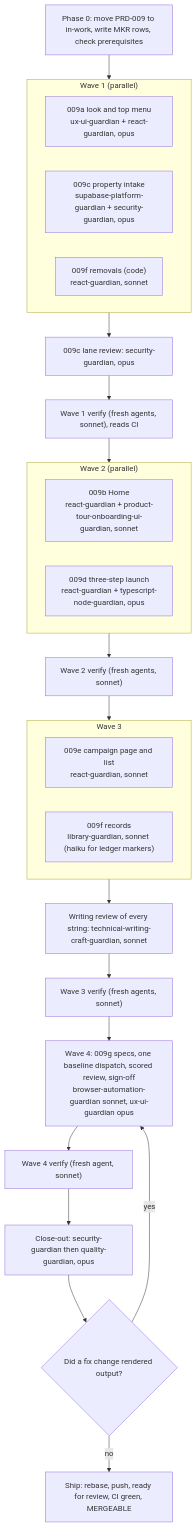
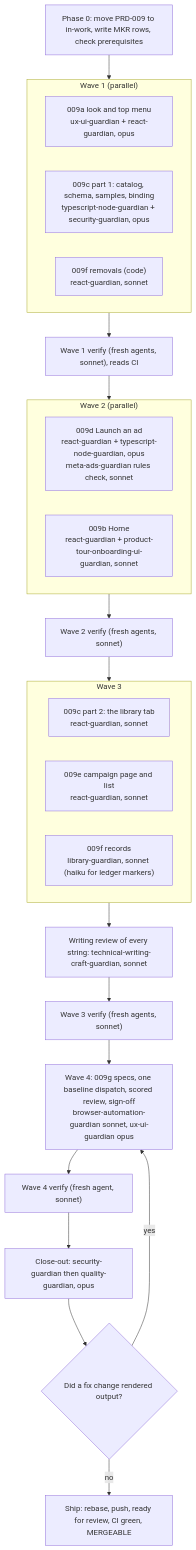
One commit to jzferrell26/operation-automated-lo changed the diagram in library/requirements/backlog/prd-009-marketing-toolkit/prd-009-marketing-toolkit-index.md. Above: the diagram before and after it, drawn with Mermaid. The commit also changed other lines of this file and 1 other file, not shown here.

````diff
--- a/library/requirements/backlog/prd-009-marketing-toolkit/prd-009-marketing-toolkit-index.md
+++ b/library/requirements/backlog/prd-009-marketing-toolkit/prd-009-marketing-toolkit-index.md
@@ -191,30 +175,30 @@
 ```mermaid
 flowchart TD
   P0["Phase 0: move PRD-009 to in-work, write MKR rows, check prerequisites"] --> W1
   subgraph W1["Wave 1 (parallel)"]
     A["009a look and top menu<br/>ux-ui-guardian + react-guardian, opus"]
-    C["009c property intake<br/>supabase-platform-guardian + security-guardian, opus"]
+    C1["009c part 1: catalog, schema, samples, binding<br/>typescript-node-guardian + security-guardian, opus"]
     F1["009f removals (code)<br/>react-guardian, sonnet"]
   end
-  W1 --> SR["009c lane review: security-guardian, opus"]
-  SR --> V1["Wave 1 verify (fresh agents, sonnet), reads CI"]
+  W1 --> V1["Wave 1 verify (fresh agents, sonnet), reads CI"]
   V1 --> W2
   subgraph W2["Wave 2 (parallel)"]
+    D["009d Launch an ad<br/>react-guardian + typescript-node-guardian, opus<br/>meta-ads-guardian rules check, sonnet"]
     B["009b Home<br/>react-guardian + product-tour-onboarding-ui-guardian, sonnet"]
-    D["009d three-step launch<br/>react-guardian + typescript-node-guardian, opus"]
   end
   W2 --> V2["Wave 2 verify (fresh agents, sonnet)"]
   V2 --> W3
   subgraph W3["Wave 3"]
+    C2["009c part 2: the library tab<br/>react-guardian, sonnet"]
     E["009e campaign page and list<br/>react-guardian, sonnet"]
     F2["009f records<br/>library-guardian, sonnet (haiku for ledger markers)"]
   end
   W3 --> WR["Writing review of every string: technical-writing-craft-guardian, sonnet"]
   WR --> V3["Wave 3 verify (fresh agents, sonnet)"]
   V3 --> W4["Wave 4: 009g specs, one baseline dispatch, scored review, sign-off<br/>browser-automation-guardian sonnet, ux-ui-guardian opus"]
   W4 --> V4["Wave 4 verify (fresh agent, sonnet)"]
   V4 --> CO["Close-out: security-guardian then quality-guardian, opus"]
   CO --> REDRAW{"Did a fix change rendered output?"}
   REDRAW -- yes --> W4
   REDRAW -- no --> SHIP["Ship: rebase, push, ready for review, CI green, MERGEABLE"]
 ```
````
